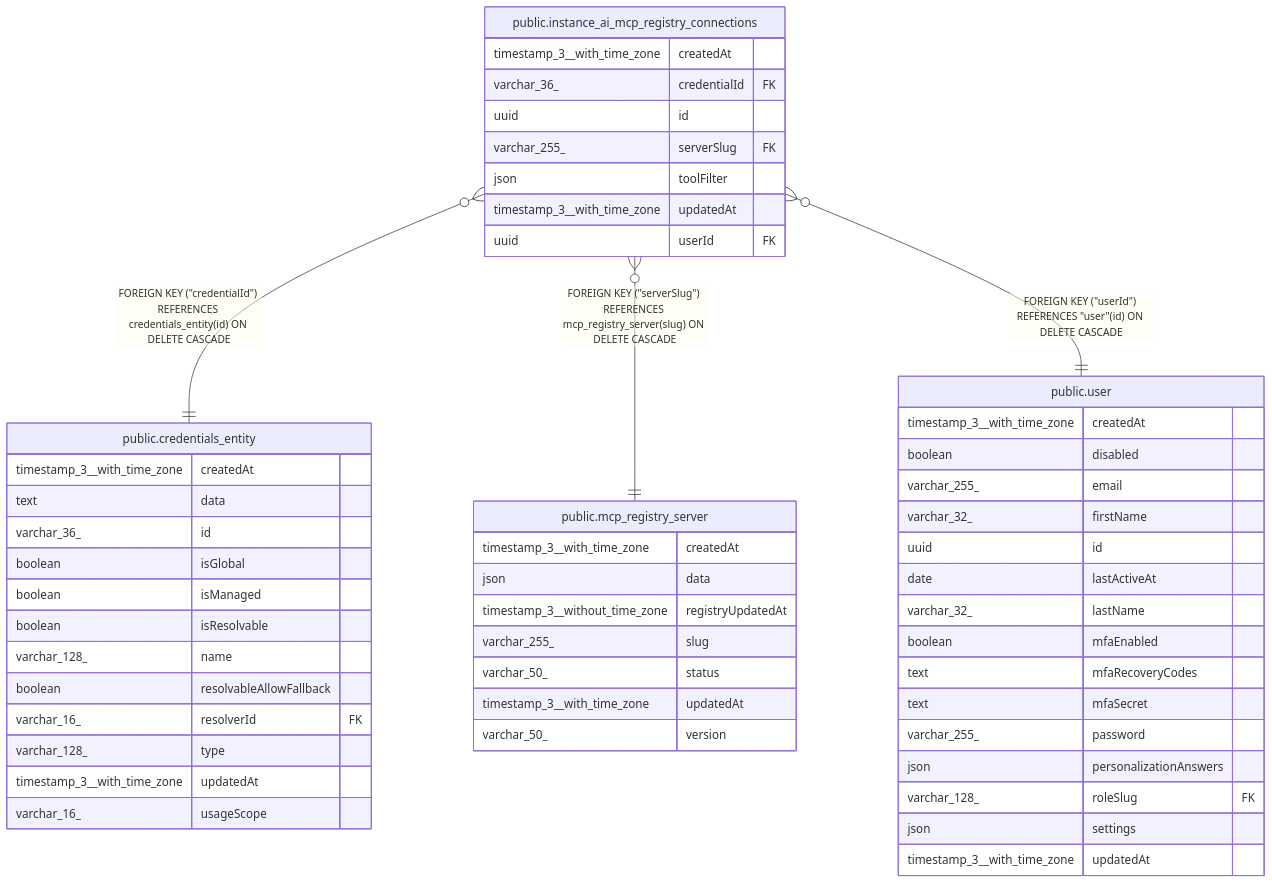
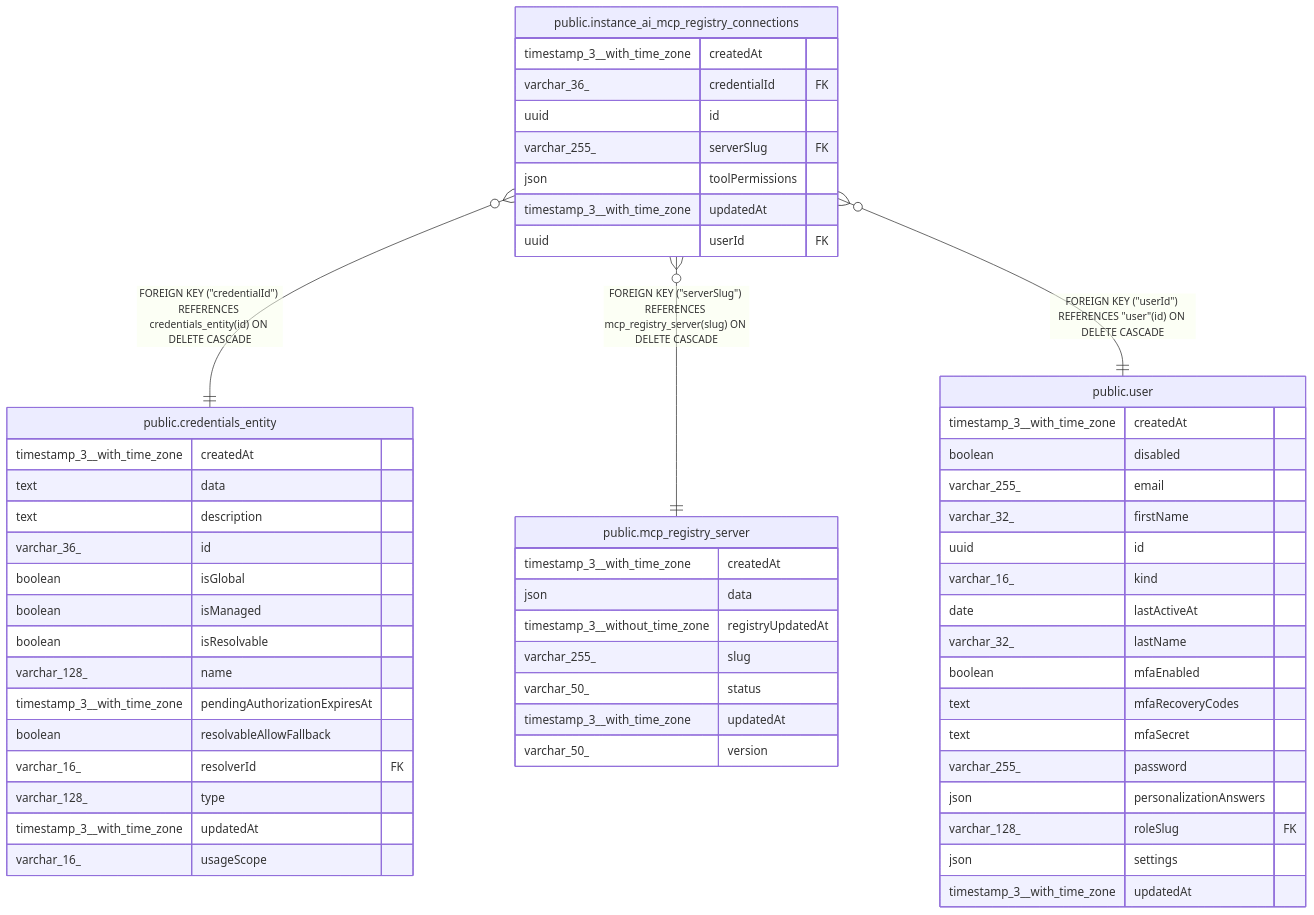
The diagram in n8n_integration/n8n_source/docs/generated/postgres-schema/public.instance_ai_mcp_registry_connections.md (koreatest12/studys), drawn with Mermaid before and after one commit. The commit also changed other lines of this file and 23019 other files, not shown here.

````diff
--- a/n8n_integration/n8n_source/docs/generated/postgres-schema/public.instance_ai_mcp_registry_connections.md
+++ b/n8n_integration/n8n_source/docs/generated/postgres-schema/public.instance_ai_mcp_registry_connections.md
@@ -39,57 +40,60 @@
 ```mermaid
 erDiagram
 
 "public.instance_ai_mcp_registry_connections" }o--|| "public.credentials_entity" : "FOREIGN KEY (#quot;credentialId#quot;) REFERENCES credentials_entity(id) ON DELETE CASCADE"
 "public.instance_ai_mcp_registry_connections" }o--|| "public.mcp_registry_server" : "FOREIGN KEY (#quot;serverSlug#quot;) REFERENCES mcp_registry_server(slug) ON DELETE CASCADE"
 "public.instance_ai_mcp_registry_connections" }o--|| "public.user" : "FOREIGN KEY (#quot;userId#quot;) REFERENCES #quot;user#quot;(id) ON DELETE CASCADE"
 
 "public.instance_ai_mcp_registry_connections" {
   timestamp_3__with_time_zone createdAt
   varchar_36_ credentialId FK
   uuid id
   varchar_255_ serverSlug FK
-  json toolFilter
+  json toolPermissions
   timestamp_3__with_time_zone updatedAt
   uuid userId FK
 }
 "public.credentials_entity" {
   timestamp_3__with_time_zone createdAt
   text data
+  text description
   varchar_36_ id
   boolean isGlobal
   boolean isManaged
   boolean isResolvable
   varchar_128_ name
+  timestamp_3__with_time_zone pendingAuthorizationExpiresAt
   boolean resolvableAllowFallback
   varchar_16_ resolverId FK
   varchar_128_ type
   timestamp_3__with_time_zone updatedAt
   varchar_16_ usageScope
 }
 "public.mcp_registry_server" {
   timestamp_3__with_time_zone createdAt
   json data
   timestamp_3__without_time_zone registryUpdatedAt
   varchar_255_ slug
   varchar_50_ status
   timestamp_3__with_time_zone updatedAt
   varchar_50_ version
 }
 "public.user" {
   timestamp_3__with_time_zone createdAt
   boolean disabled
   varchar_255_ email
   varchar_32_ firstName
   uuid id
+  varchar_16_ kind
   date lastActiveAt
   varchar_32_ lastName
   boolean mfaEnabled
   text mfaRecoveryCodes
   text mfaSecret
   varchar_255_ password
   json personalizationAnswers
   varchar_128_ roleSlug FK
   json settings
   timestamp_3__with_time_zone updatedAt
 }
 ```
````
